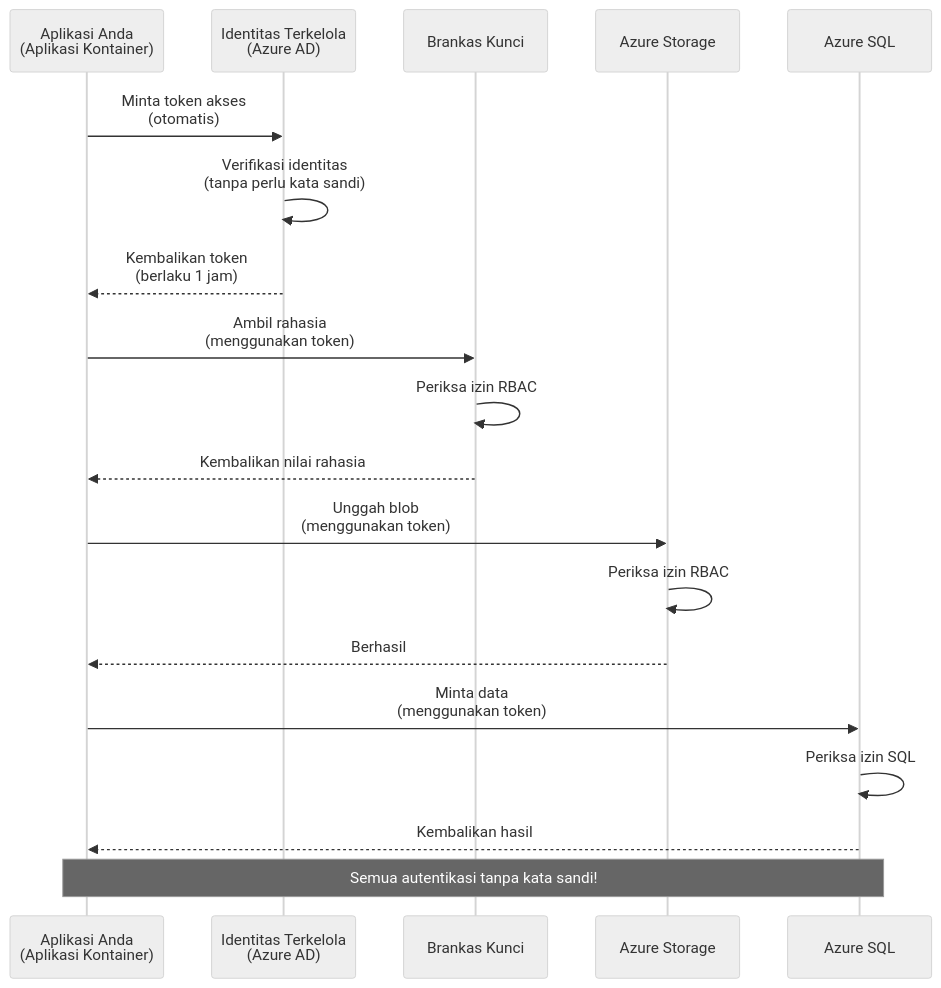
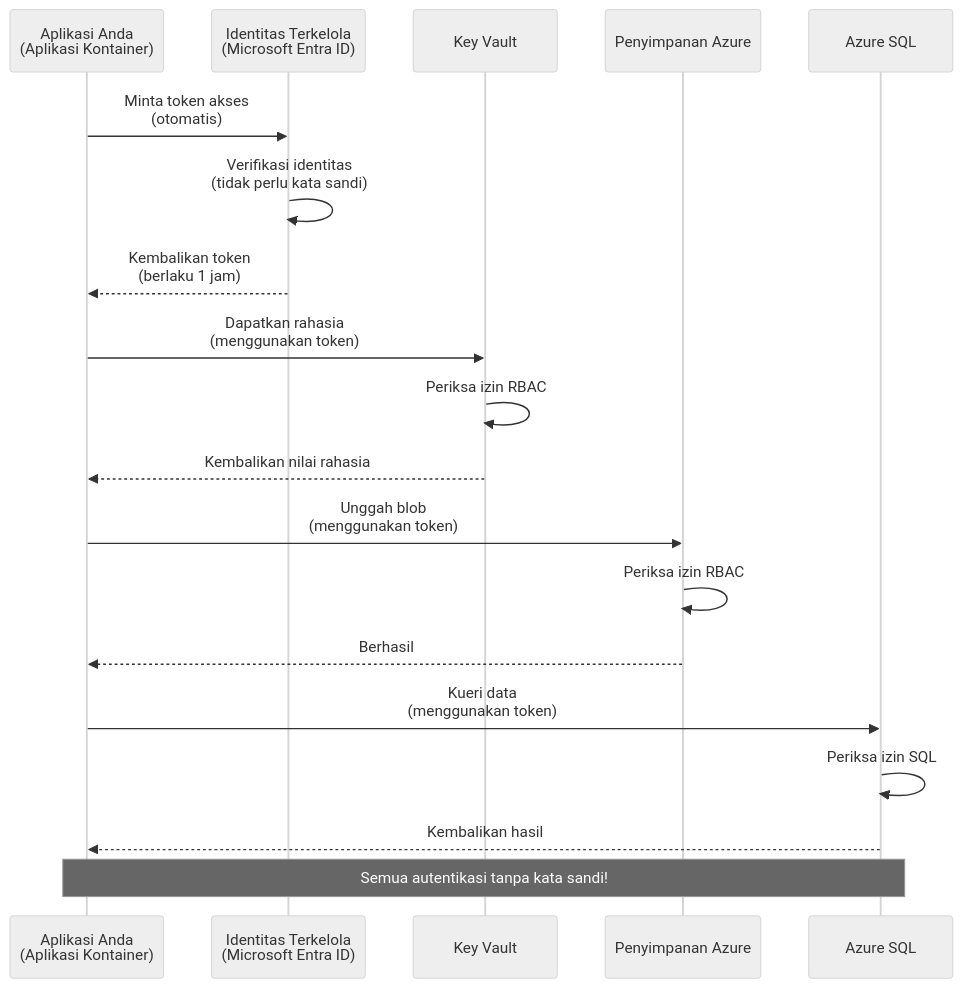
One commit to microsoft/AZD-for-beginners changed the first of 2 diagrams in translations/id/docs/chapter-03-configuration/authsecurity.md. Above: the diagram before and after it, drawn with Mermaid (neutral theme). The commit also changed other lines of this file and 104 other files, not shown here.

````diff
--- a/translations/id/docs/chapter-03-configuration/authsecurity.md
+++ b/translations/id/docs/chapter-03-configuration/authsecurity.md
@@ -69,26 +69,26 @@
 ```mermaid
 sequenceDiagram
     participant App as Aplikasi Anda<br/>(Aplikasi Kontainer)
-    participant MI as Identitas Terkelola<br/>(Azure AD)
-    participant KV as Brankas Kunci
-    participant Storage as Azure Storage
+    participant MI as Identitas Terkelola<br/>(Microsoft Entra ID)
+    participant KV as Key Vault
+    participant Storage as Penyimpanan Azure
     participant DB as Azure SQL
     
     App->>MI: Minta token akses<br/>(otomatis)
-    MI->>MI: Verifikasi identitas<br/>(tanpa perlu kata sandi)
+    MI->>MI: Verifikasi identitas<br/>(tidak perlu kata sandi)
     MI-->>App: Kembalikan token<br/>(berlaku 1 jam)
     
-    App->>KV: Ambil rahasia<br/>(menggunakan token)
+    App->>KV: Dapatkan rahasia<br/>(menggunakan token)
     KV->>KV: Periksa izin RBAC
     KV-->>App: Kembalikan nilai rahasia
     
     App->>Storage: Unggah blob<br/>(menggunakan token)
     Storage->>Storage: Periksa izin RBAC
     Storage-->>App: Berhasil
     
-    App->>DB: Minta data<br/>(menggunakan token)
+    App->>DB: Kueri data<br/>(menggunakan token)
     DB->>DB: Periksa izin SQL
     DB-->>App: Kembalikan hasil
     
     Note over App,DB: Semua autentikasi tanpa kata sandi!
 ```
````
